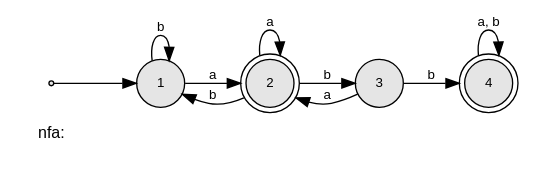
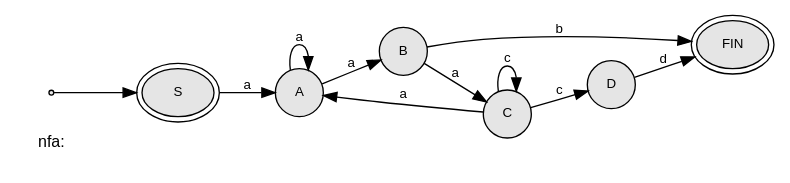
One commit to listdo/sema-fcw-ue03-basis changed the diagram in ue03/nfa.gv. Above: the diagram before and after it, drawn with Graphviz. The commit also changed 12 other files, not shown here.

```diff
--- a/ue03/nfa.gv
+++ b/ue03/nfa.gv
@@ -1,21 +1,22 @@
 digraph finite_state_machine {
 
   rankdir = LR;
 
   node [fontname = Arial fontsize = 10 style = filled fillcolor = gray90]
   "nfa:" [shape = none style = "" fontsize = 12];
   node [shape = point]; START; // shape for START node
-  node [shape = circle peripheries = 2] "2" "4"; // shape for final nodes
+  node [shape = ellipse peripheries = 2] "FIN" "S"; // shape for final nodes
   node [shape = circle peripheries = 1];  // shape for non-final nodes
-  START -> "1";
+  START -> "S";
 
-  "1" -> "1" [label = "b" fontname = Arial fontsize = 10]; 
-  "1" -> "2" [label = "a" fontname = Arial fontsize = 10]; 
-  "2" -> "1" [label = "b" fontname = Arial fontsize = 10]; 
-  "2" -> "2" [label = "a" fontname = Arial fontsize = 10]; 
-  "2" -> "3" [label = "b" fontname = Arial fontsize = 10]; 
-  "3" -> "2" [label = "a" fontname = Arial fontsize = 10]; 
-  "3" -> "4" [label = "b" fontname = Arial fontsize = 10]; 
-  "4" -> "4" [label = "a, b" fontname = Arial fontsize = 10]; 
+  "S" -> "A" [label = "a" fontname = Arial fontsize = 10]; 
+  "A" -> "A" [label = "a" fontname = Arial fontsize = 10]; 
+  "A" -> "B" [label = "a" fontname = Arial fontsize = 10]; 
+  "B" -> "C" [label = "a" fontname = Arial fontsize = 10]; 
+  "B" -> "FIN" [label = "b" fontname = Arial fontsize = 10]; 
+  "C" -> "A" [label = "a" fontname = Arial fontsize = 10]; 
+  "C" -> "C" [label = "c" fontname = Arial fontsize = 10]; 
+  "C" -> "D" [label = "c" fontname = Arial fontsize = 10]; 
+  "D" -> "FIN" [label = "d" fontname = Arial fontsize = 10]; 
 
 }
```
